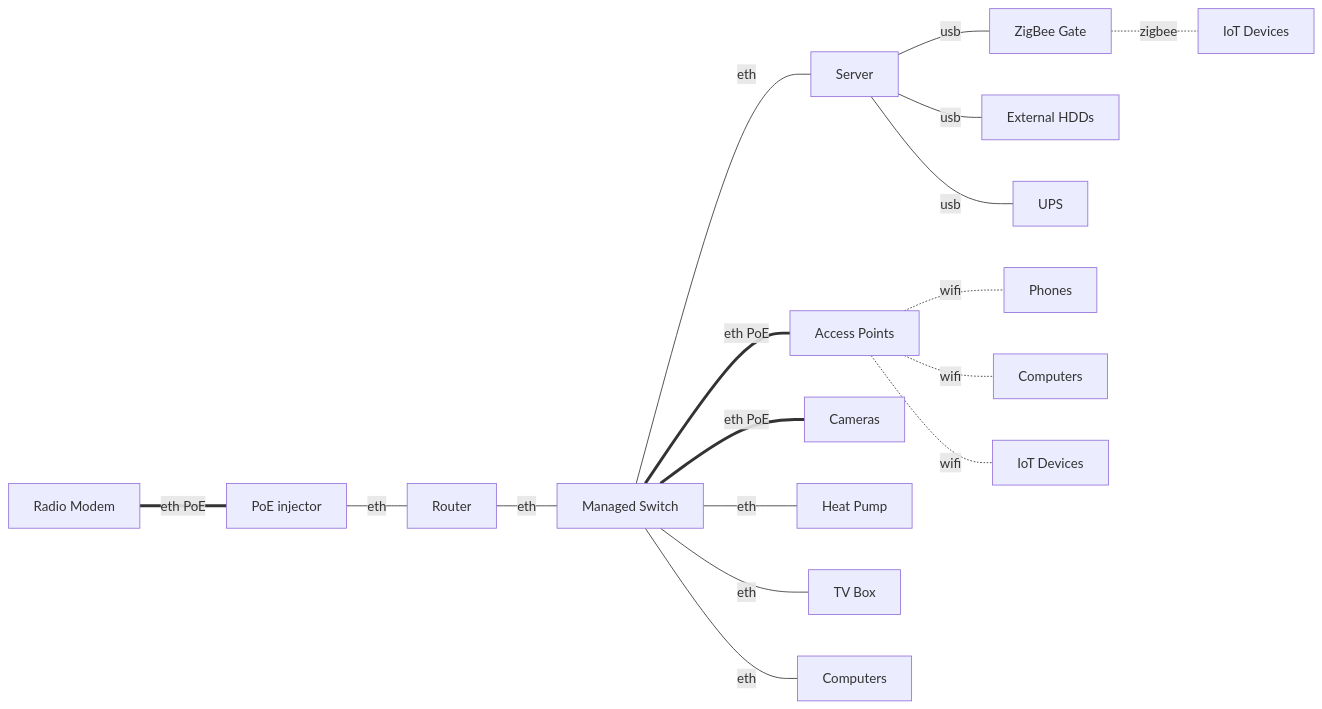
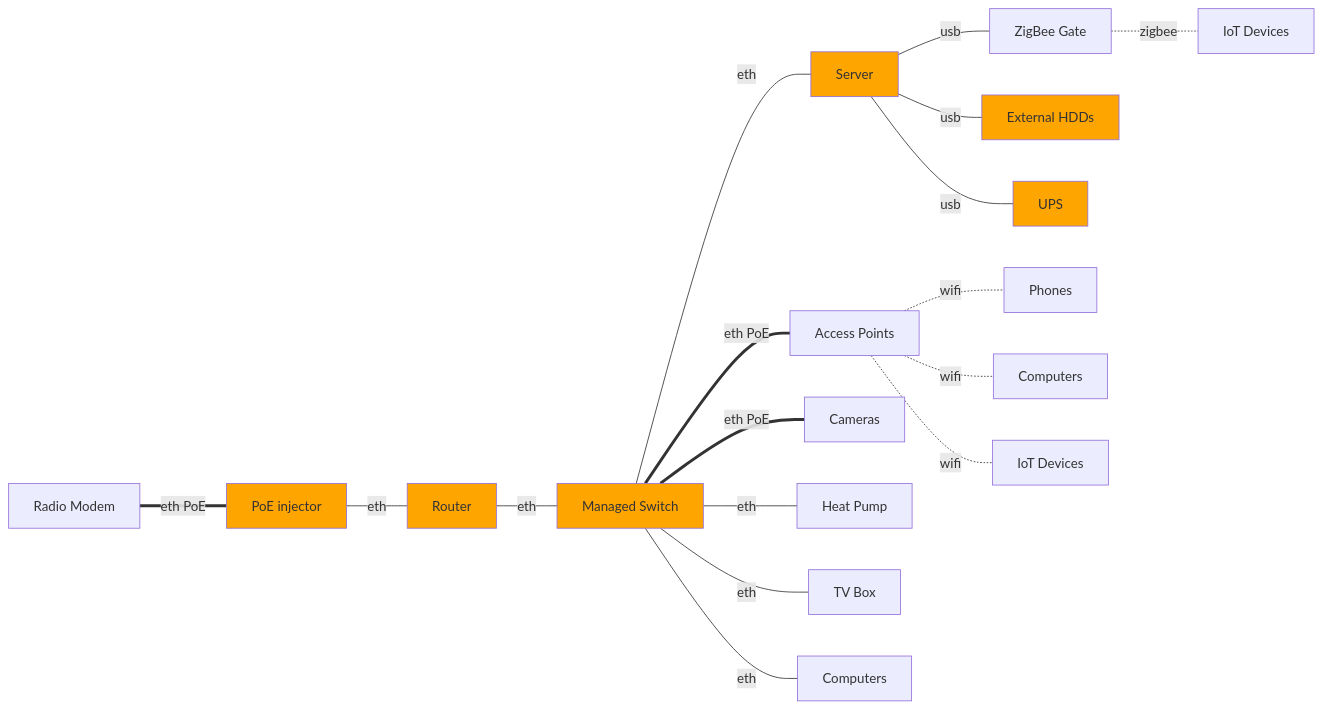
One commit to mkuthan/mkuthan.github.io changed the diagram in _posts/2024-06-30-homlab-hardware.md. Above: the diagram before and after it, drawn with Mermaid. The commit also changed other lines of this file and 8 other files, not shown here.

````diff
--- a/_posts/2024-06-30-homlab-hardware.md
+++ b/_posts/2024-06-30-homlab-hardware.md
@@ -75,23 +80,25 @@
 ```mermaid
 flowchart LR
-    modem[Radio Modem] == eth PoE === poe[PoE injector]
-    poe -- eth --- router[Router]
-    router -- eth --- switch[Managed Switch]
+    modem[Radio Modem] == eth PoE === poe[PoE injector]:::rack
+    poe -- eth --- router[Router]:::rack
+    router -- eth --- switch[Managed Switch]:::rack
 
-    switch -- eth --- server[Server]
+    switch -- eth --- server[Server]:::rack
     switch == eth PoE === aps[Access Points]
     switch == eth PoE === cameras[Cameras]
     switch -- eth --- heatpump[Heat Pump]
     switch -- eth --- tv[TV Box]
     switch -- eth --- computers_eth[Computers]
 
     server -- usb --- zigbee[ZigBee Gate]
-    server -- usb --- hdds[External HDDs]
-    server -- usb --- ups[UPS]
+    server -- usb --- hdds[External HDDs]:::rack
+    server -- usb --- ups[UPS]:::rack
 
     aps -. wifi .- phones[Phones]
     aps -. wifi .- computers_wifi[Computers]
     aps -. wifi .- iot_wifi[IoT Devices]
 
     zigbee -. zigbee .- iot_zigbee[IoT Devices]
+
+    classDef rack fill:Orange
 ```
````
